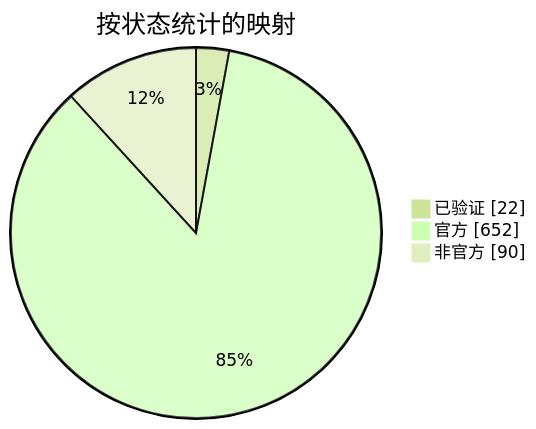
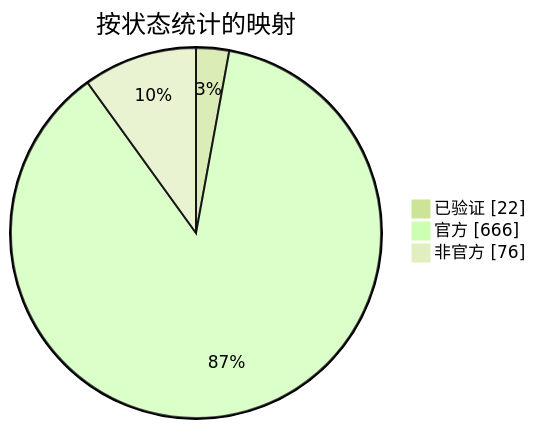
One commit to nobrega8/mbmap-library changed the diagram in docs/readme/README_ZHS.md. Above: the diagram before and after it, drawn with Mermaid (forest theme). The commit also changed 5 other files, not shown here.

````diff
--- a/docs/readme/README_ZHS.md
+++ b/docs/readme/README_ZHS.md
@@ -54,7 +54,7 @@
 ```mermaid
 pie showData
     title 按状态统计的映射
     "已验证" : 22
-    "官方" : 652
-    "非官方" : 90
+    "官方" : 666
+    "非官方" : 76
 ```
````
